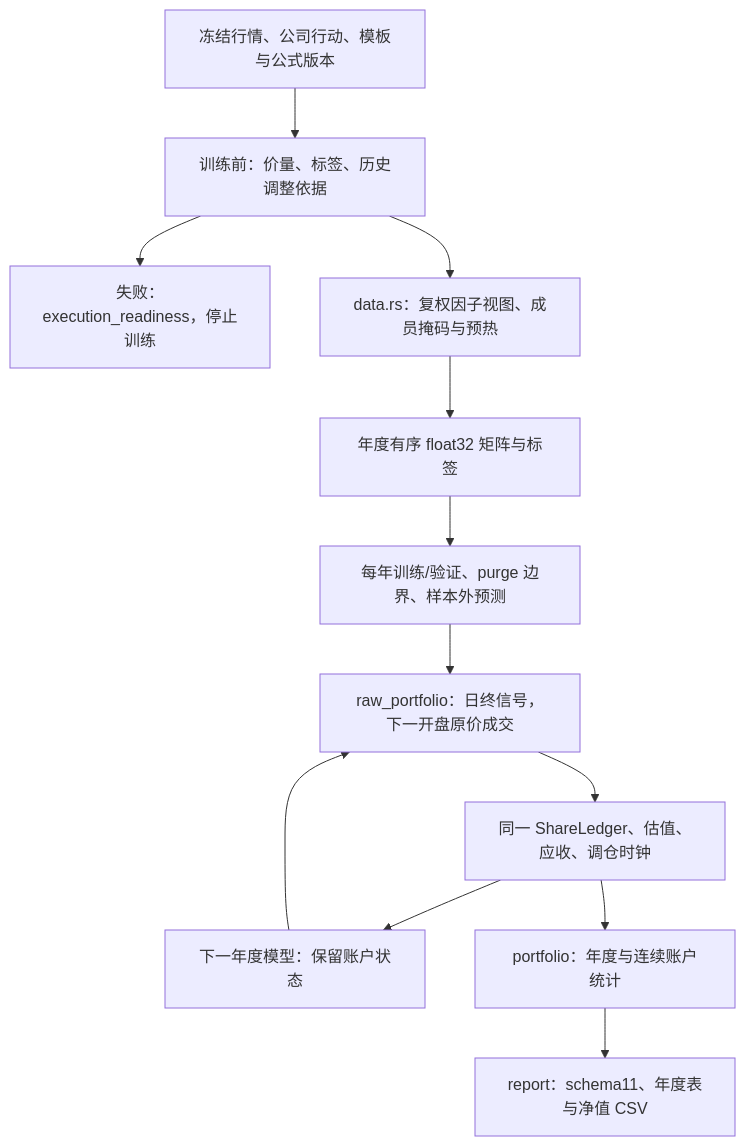
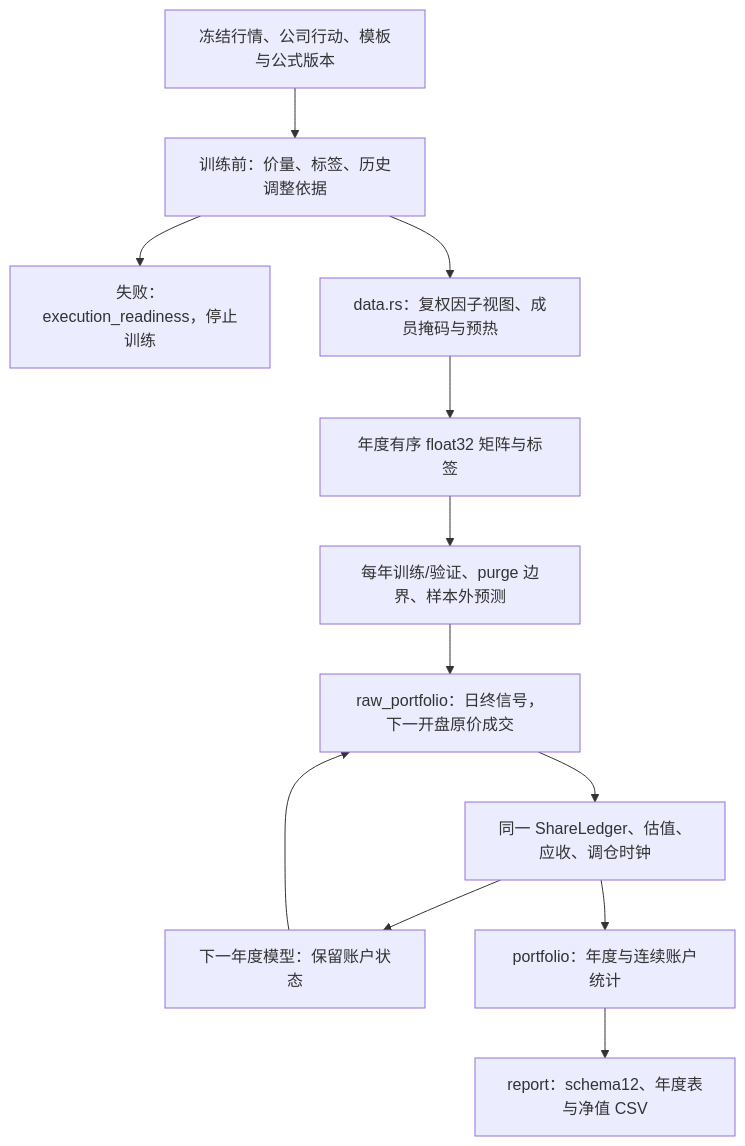
Before and after one commit to Dennishaha/JFQuant: the first of 4 diagrams in crates/ml/src/backtest/README.md, drawn with Mermaid. The commit also changed other lines of this file and 77 other files, not shown here.

````diff
--- a/crates/ml/src/backtest/README.md
+++ b/crates/ml/src/backtest/README.md
@@ -16,14 +16,14 @@
 ```mermaid
 flowchart TD
   INPUT["冻结行情、公司行动、模板与公式版本"] --> READY["训练前：价量、标签、历史调整依据"]
   READY --> BLOCK["失败：execution_readiness，停止训练"]
   READY --> FACTOR["data.rs：复权因子视图、成员掩码与预热"]
   FACTOR --> CACHE["年度有序 float32 矩阵与标签"]
   CACHE --> MODEL["每年训练/验证、purge 边界、样本外预测"]
   MODEL --> RAW["raw_portfolio：日终信号，下一开盘原价成交"]
   RAW --> ACCOUNT["同一 ShareLedger、估值、应收、调仓时钟"]
   ACCOUNT --> NEXT["下一年度模型：保留账户状态"]
   NEXT --> RAW
   ACCOUNT --> STATS["portfolio：年度与连续账户统计"]
-  STATS --> REPORT["report：schema11、年度表与净值 CSV"]
+  STATS --> REPORT["report：schema12、年度表与净值 CSV"]
 ```
````
